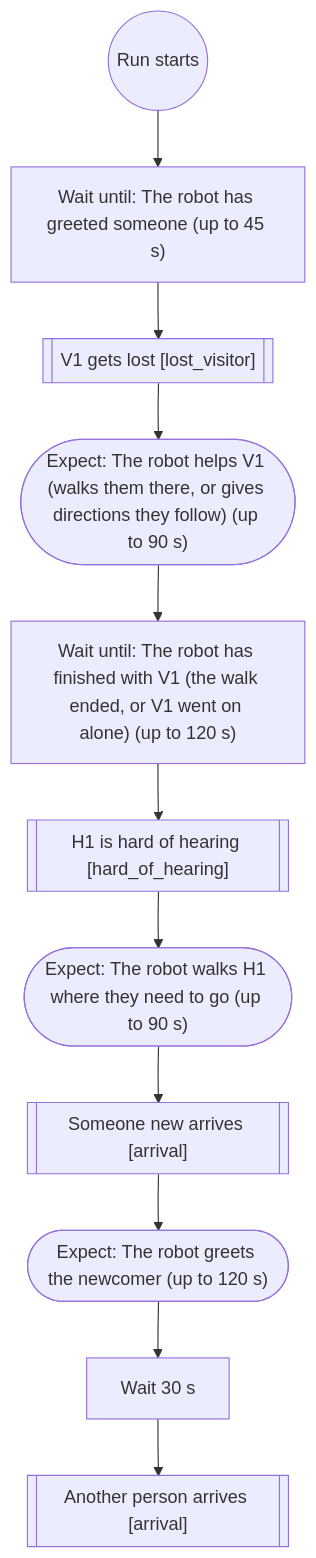
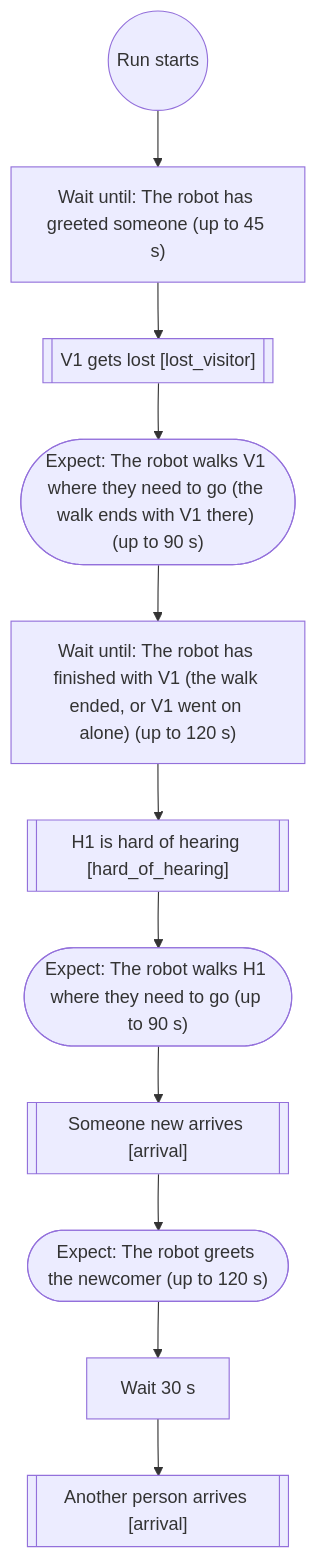
The fifth of 9 diagrams in docs/scenario-flows.md (Bkrakshith/hospital-sim-agents), drawn with Mermaid before and after one commit. The commit also changed 9 other files, not shown here.

First line of the commit message:
Flows credit a walk only when it ended with the person at the place

````diff
--- a/docs/scenario-flows.md
+++ b/docs/scenario-flows.md
@@ -169,24 +169,24 @@
 ```mermaid
 flowchart TD
   n1(("Run starts"))
   n2["Wait until: The robot has greeted someone (up to 45 s)"]
   n1 --> n2
   n3[["V1 gets lost [lost_visitor]"]]
   n2 --> n3
-  n4(["Expect: The robot helps V1 (walks them there, or gives directions they follow) (up to 90 s)"])
+  n4(["Expect: The robot walks V1 where they need to go (the walk ends with V1 there) (up to 90 s)"])
   n3 --> n4
   n5["Wait until: The robot has finished with V1 (the walk ended, or V1 went on alone) (up to 120 s)"]
   n4 --> n5
   n6[["H1 is hard of hearing [hard_of_hearing]"]]
   n5 --> n6
   n7(["Expect: The robot walks H1 where they need to go (up to 90 s)"])
   n6 --> n7
   n8[["Someone new arrives [arrival]"]]
   n7 --> n8
   n9(["Expect: The robot greets the newcomer (up to 120 s)"])
   n8 --> n9
   n10["Wait 30 s"]
   n9 --> n10
   n11[["Another person arrives [arrival]"]]
   n10 --> n11
 ```
````
